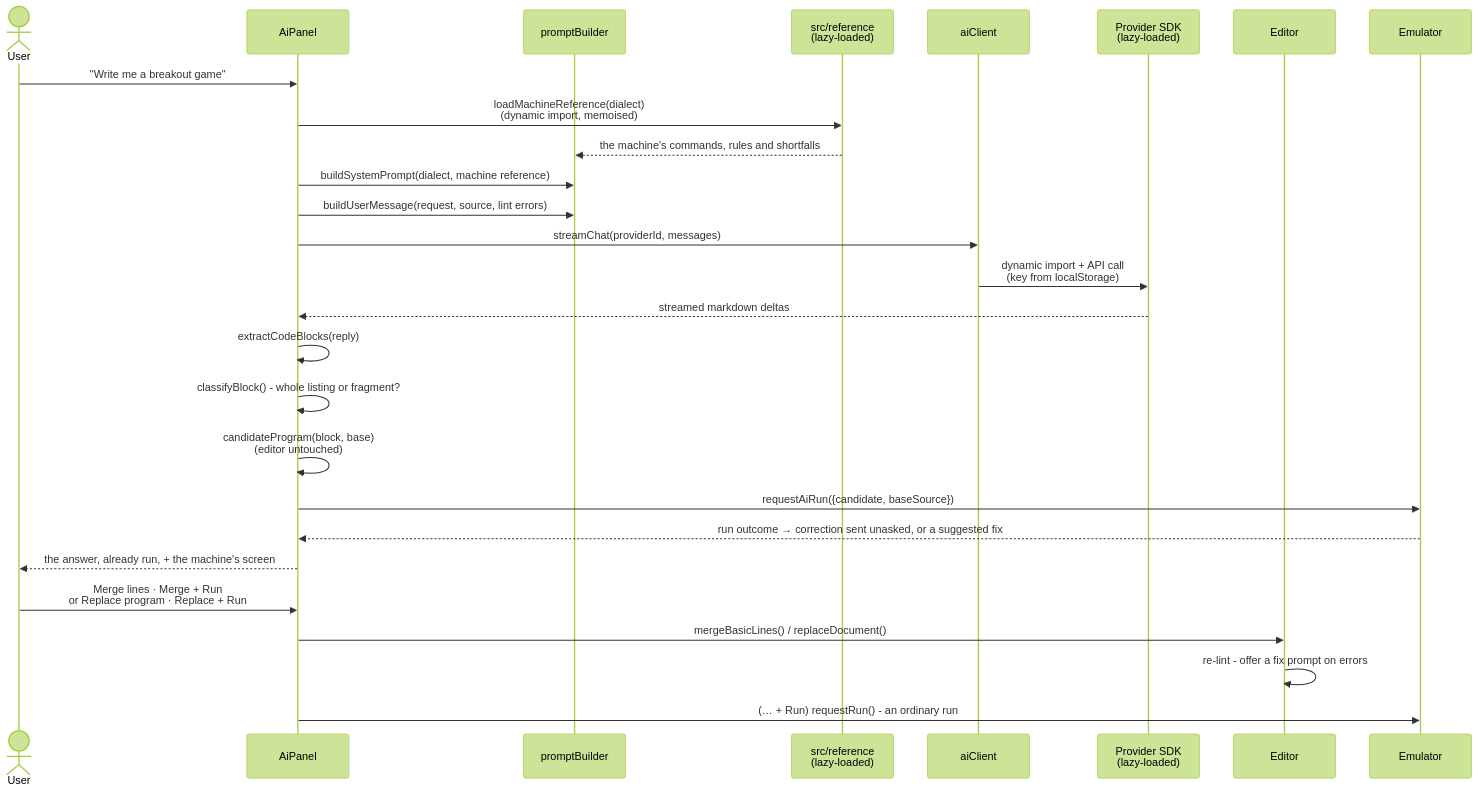
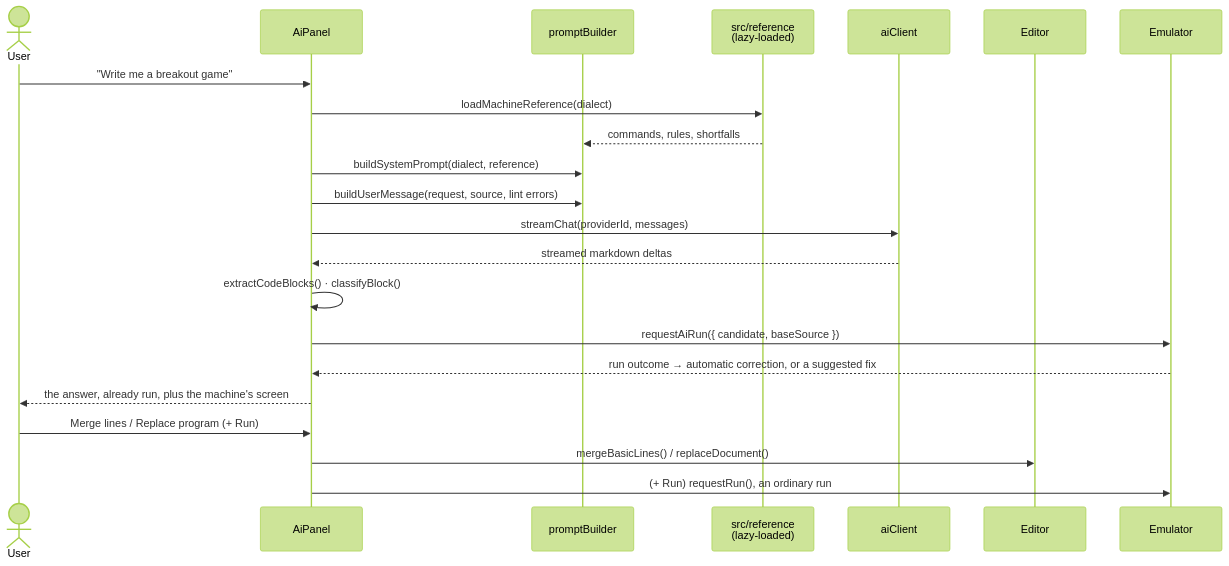
One commit to seanhodges/basically changed the eighth of 12 diagrams in docs/contributing/architecture.md. Above: the diagram before and after it, drawn with Mermaid (forest theme). The commit also changed other lines of this file and 4 other files, not shown here.

````diff
--- a/docs/contributing/architecture.md
+++ b/docs/contributing/architecture.md
@@ -673,30 +500,25 @@
 ```mermaid
 sequenceDiagram
   actor U as User
   participant P as AiPanel
   participant B as promptBuilder
   participant R as src/reference<br/>(lazy-loaded)
   participant C as aiClient
-  participant X as Provider SDK<br/>(lazy-loaded)
   participant E as Editor
   participant M as Emulator
 
   U->>P: "Write me a breakout game"
-  P->>R: loadMachineReference(dialect)<br/>(dynamic import, memoised)
-  R-->>B: the machine's commands, rules and shortfalls
-  P->>B: buildSystemPrompt(dialect, machine reference)
+  P->>R: loadMachineReference(dialect)
+  R-->>B: commands, rules, shortfalls
+  P->>B: buildSystemPrompt(dialect, reference)
   P->>B: buildUserMessage(request, source, lint errors)
   P->>C: streamChat(providerId, messages)
-  C->>X: dynamic import + API call<br/>(key from localStorage)
-  X-->>P: streamed markdown deltas
-  P->>P: extractCodeBlocks(reply)
-  P->>P: classifyBlock() - whole listing or fragment?
-  P->>P: candidateProgram(block, base)<br/>(editor untouched)
-  P->>M: requestAiRun({candidate, baseSource})
-  M-->>P: run outcome → correction sent unasked, or a suggested fix
-  P-->>U: the answer, already run, + the machine's screen
-  U->>P: Merge lines · Merge + Run<br/>or Replace program · Replace + Run
+  C-->>P: streamed markdown deltas
+  P->>P: extractCodeBlocks() · classifyBlock()
+  P->>M: requestAiRun({ candidate, baseSource })
+  M-->>P: run outcome → automatic correction, or a suggested fix
+  P-->>U: the answer, already run, plus the machine's screen
+  U->>P: Merge lines / Replace program (+ Run)
   P->>E: mergeBasicLines() / replaceDocument()
-  E->>E: re-lint - offer a fix prompt on errors
-  P->>M: (… + Run) requestRun() - an ordinary run
+  P->>M: (+ Run) requestRun(), an ordinary run
 ```
````
